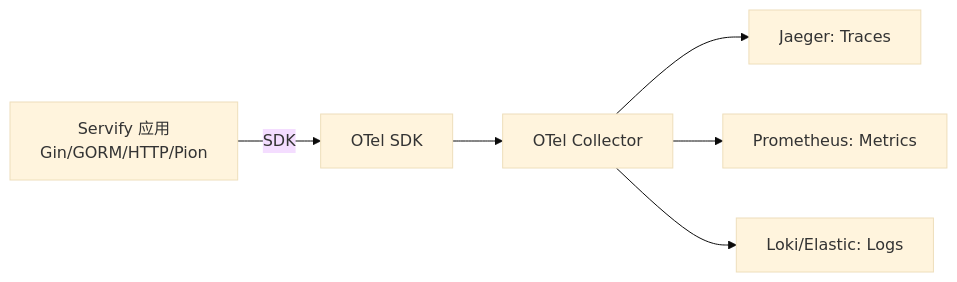
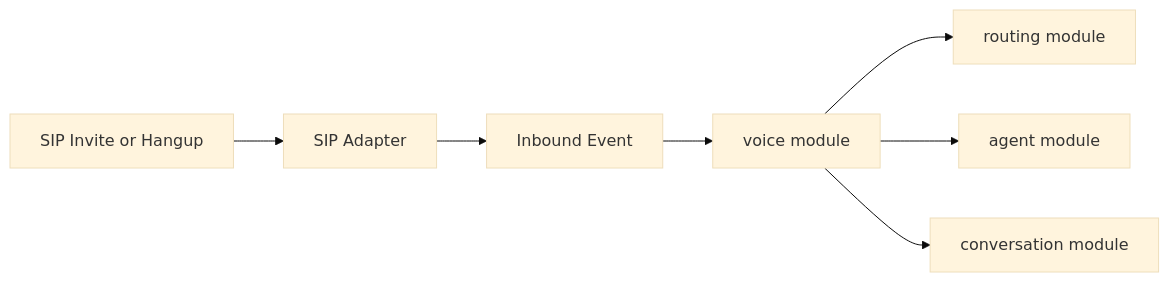
The fourth of 4 diagrams in README.md (timebeau/servify), drawn with Mermaid (base theme) before and after one commit. The commit also changed other lines of this file and 109 other files, not shown here.

````diff
--- a/README.md
+++ b/README.md
@@ -432,8 +145,9 @@
 ```mermaid
 flowchart LR
-  App[Servify 应用\nGin/GORM/HTTP/Pion] -- SDK --> OTel[OTel SDK]
-  OTel --> COL[OTel Collector]
-  COL --> JG[Jaeger: Traces]
-  COL --> PM[Prometheus: Metrics]
-  COL --> LG[Loki/Elastic: Logs]
+    SIP[SIP Invite or Hangup] --> SADAPTER[SIP Adapter]
+    SADAPTER --> IE[Inbound Event]
+    IE --> VOICE[voice module]
+    VOICE --> ROUTING[routing module]
+    VOICE --> AGENT[agent module]
+    VOICE --> CONV[conversation module]
 ```
````
